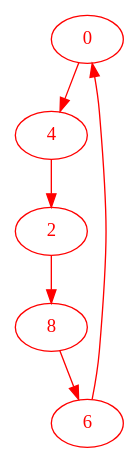
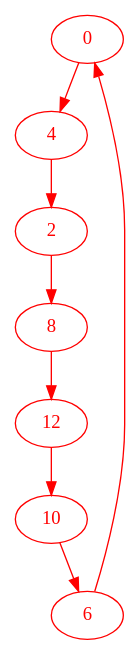
The diagram in molecules/benzanthracene/lewis/benzanthracene_6/cycle_1.dot (AdrienVaret/Benzenoids), drawn with Graphviz before and after one commit. The commit also changed 30 other files, not shown here.

```diff
--- a/molecules/benzanthracene/lewis/benzanthracene_6/cycle_1.dot
+++ b/molecules/benzanthracene/lewis/benzanthracene_6/cycle_1.dot
@@ -1,8 +1,10 @@
 digraph g{
-node [color = red, fontcolor=red]; 0 2 4 6 8 ;
+node [color = red, fontcolor=red]; 0 2 4 6 8 10 12 ;
 0 -> 4 [color=red] ;
 2 -> 8 [color=red] ;
 4 -> 2 [color=red] ;
 6 -> 0 [color=red] ;
-8 -> 6 [color=red] ;
+8 -> 12 [color=red] ;
+10 -> 6 [color=red] ;
+12 -> 10 [color=red] ;
 }
```
